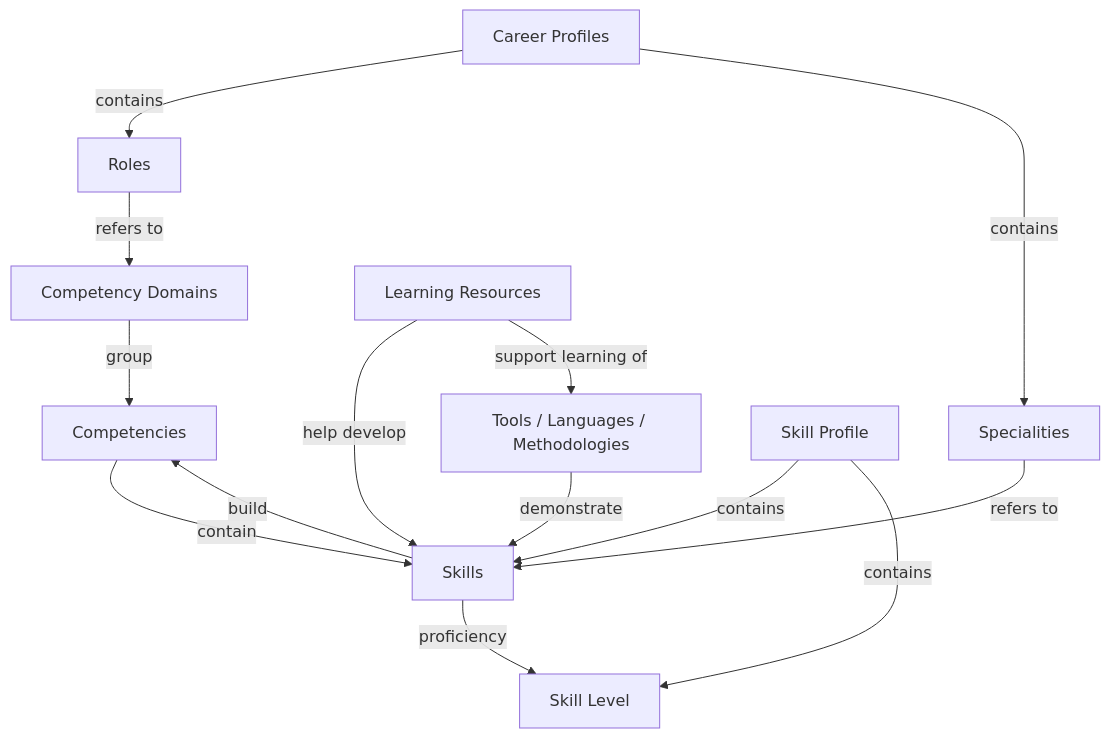
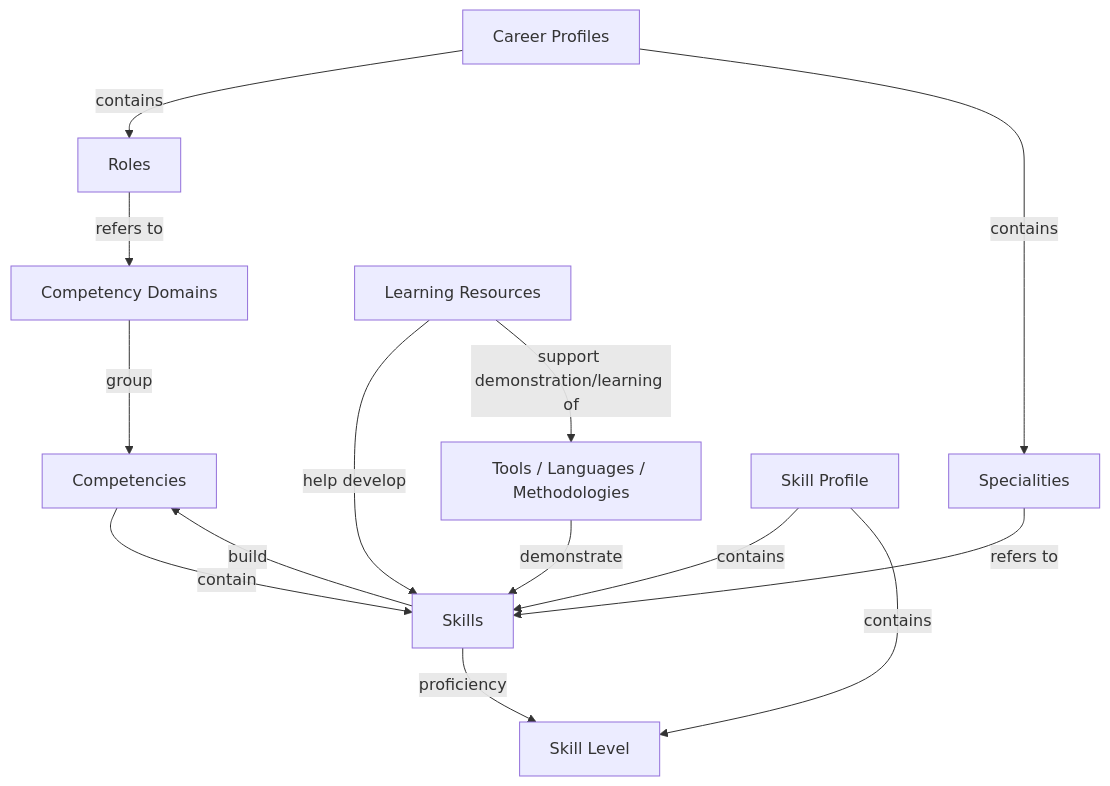
The diagram in framework/framework-diagram.md (direct-framework/digital-research-competencies-framework), drawn with Mermaid before and after one commit.

````diff
--- a/framework/framework-diagram.md
+++ b/framework/framework-diagram.md
@@ -12,28 +12,28 @@
 ```mermaid
 flowchart TD
 CD[Competency Domains]
 C[Competencies]
 Sk[Skills]
 SL[Skill Level]
 TLM[Tools / Languages / Methodologies]
 LR[Learning Resources]
 R[Roles]
 Spec[Specialities]
 CP[Career Profiles]
 SP[Skill Profile]
 
 
 CD -- group --> C
 C -- contain --> Sk
 Sk -- build --> C
 Sk -- proficiency --> SL
 TLM -- demonstrate --> Sk
 LR -- help develop --> Sk
-LR -- support learning of --> TLM
+LR -- support demonstration/learning of --> TLM
 CP -- contains --> R
 CP -- contains --> Spec
 R -- refers to --> CD
 Spec -- refers to --> Sk
 SP -- contains --> Sk
 SP -- contains --> SL
 ```
````
